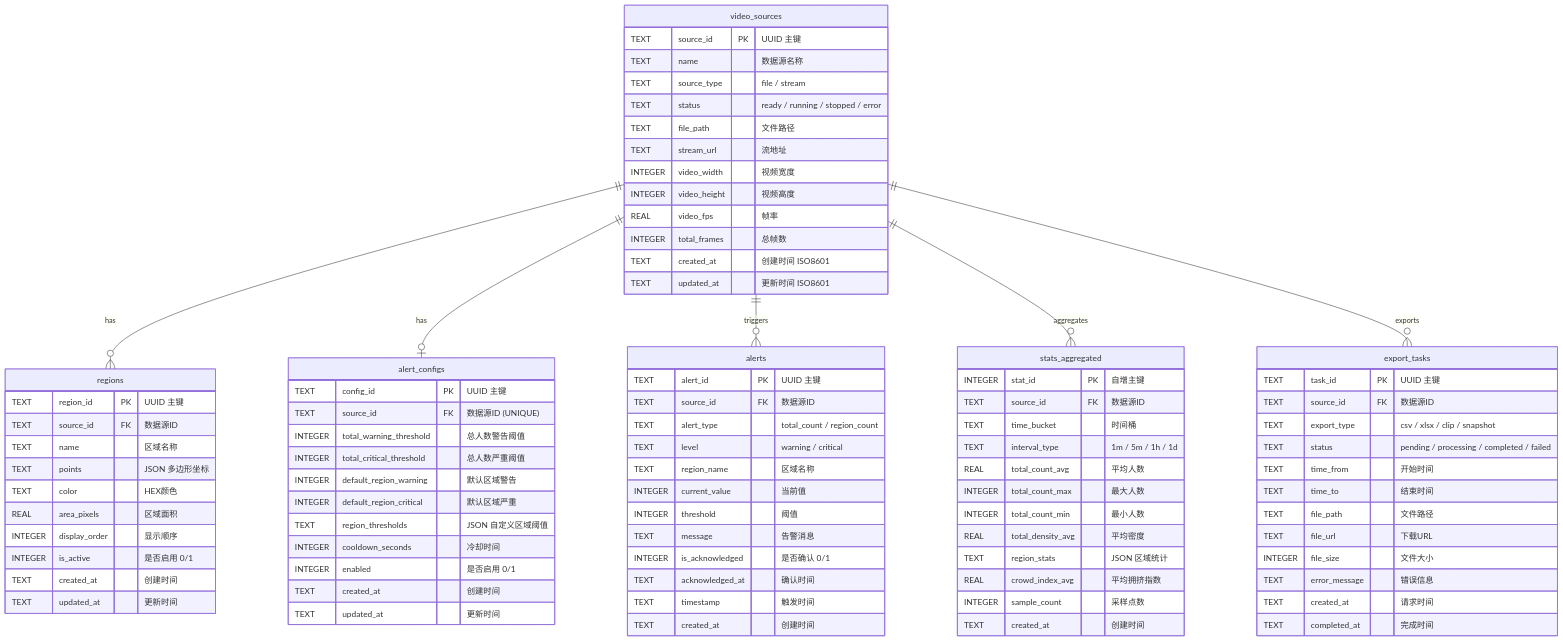
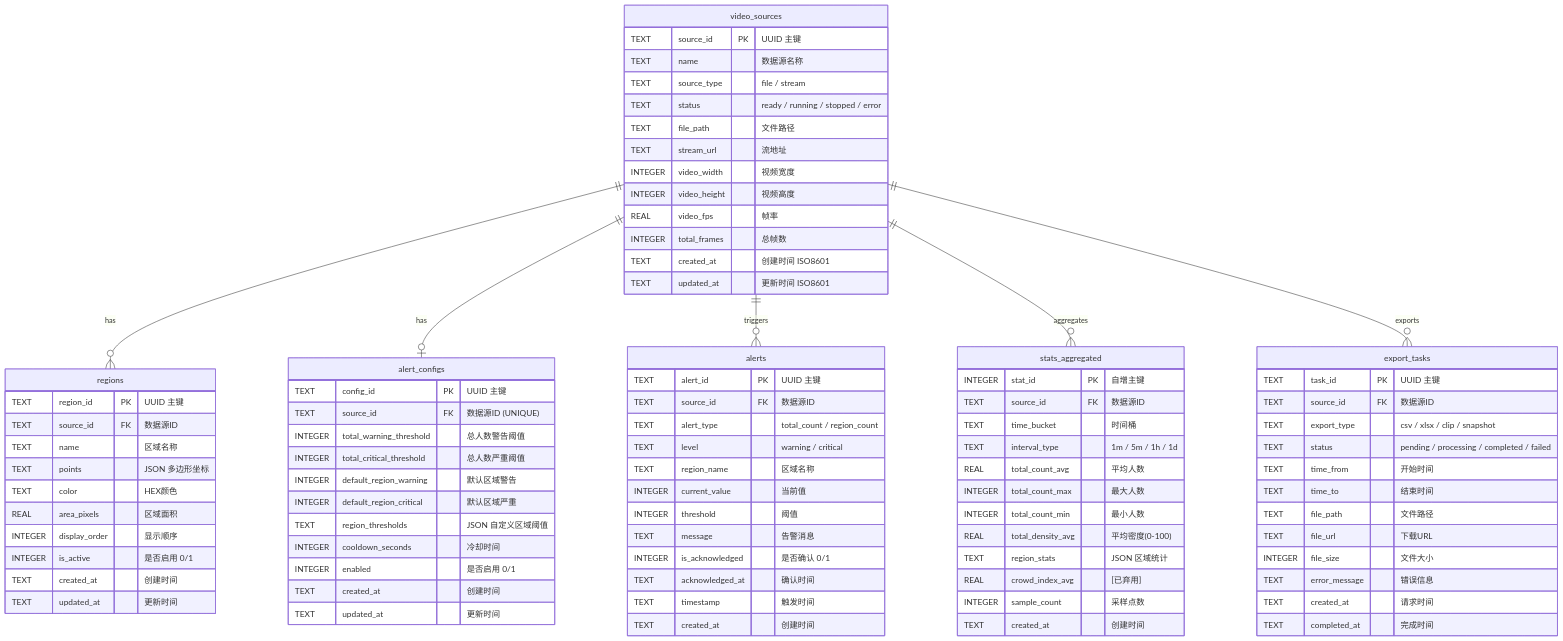
The diagram in Design.md (jiyue333/CQU_BYSJ), drawn with Mermaid before and after one commit. The commit also changed other lines of this file and 15 other files, not shown here.

```diff
--- a/Design.md
+++ b/Design.md
@@ -473,9 +469,9 @@
         REAL total_count_avg "平均人数"
         INTEGER total_count_max "最大人数"
         INTEGER total_count_min "最小人数"
-        REAL total_density_avg "平均密度"
+        REAL total_density_avg "平均密度(0-100)"
         TEXT region_stats "JSON 区域统计"
-        REAL crowd_index_avg "平均拥挤指数"
+        REAL crowd_index_avg "[已弃用]"
         INTEGER sample_count "采样点数"
         TEXT created_at "创建时间"
     }
```
